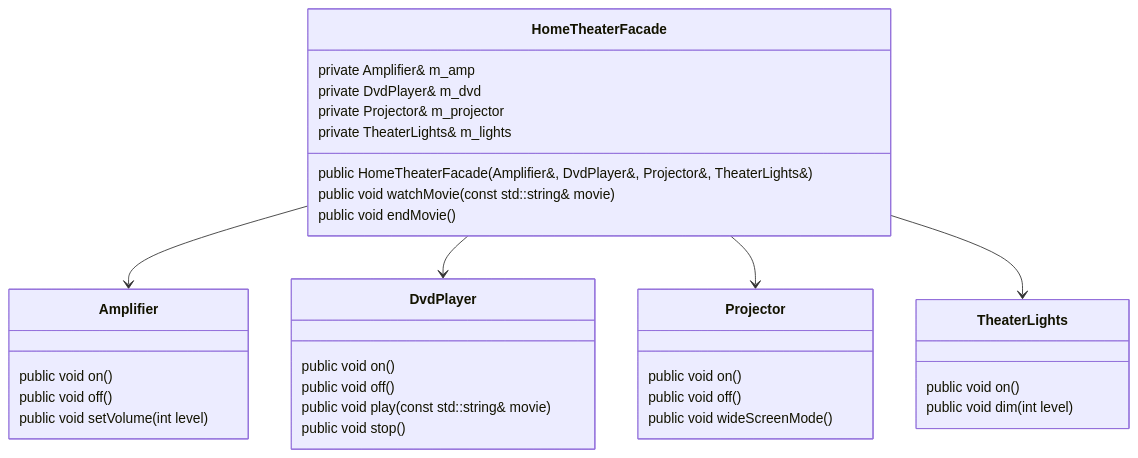
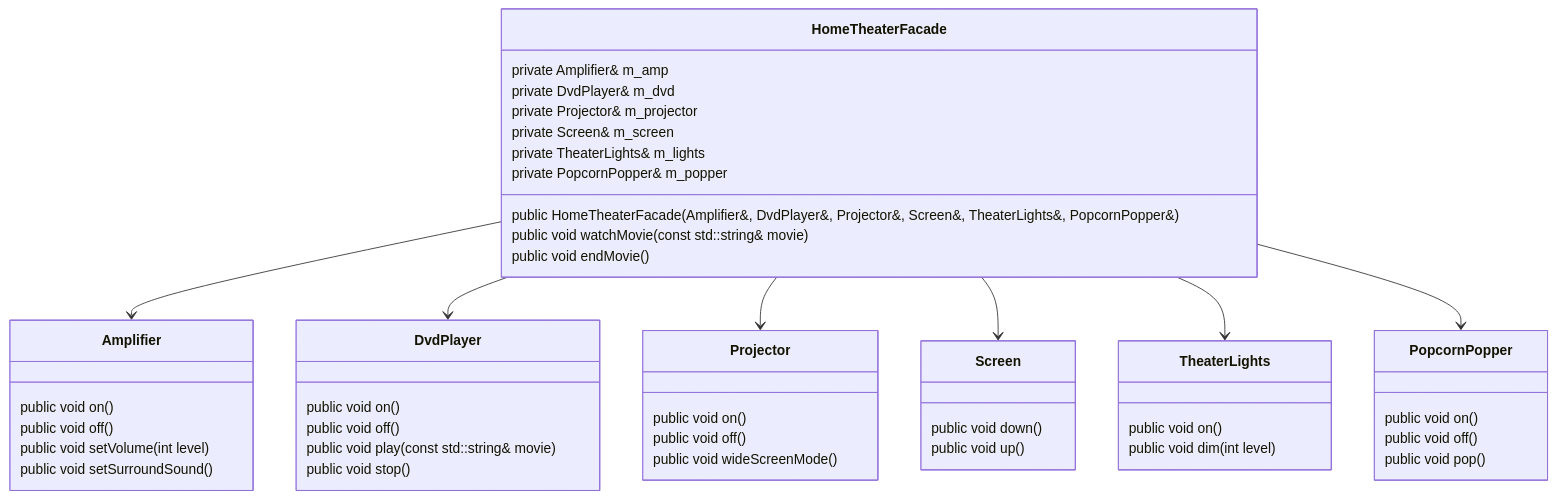
The eighth of 13 diagrams in README.md (rngoodner/design-patterns), drawn with Mermaid before and after one commit. The commit also changed other lines of this file, not shown here.

Commit message:
sync README class diagrams with current code

````diff
--- a/README.md
+++ b/README.md
@@ -397,42 +559,58 @@
 ```mermaid
 classDiagram
 
 class Amplifier {
     public void on()
     public void off()
     public void setVolume(int level)
+    public void setSurroundSound()
 }
 
 class DvdPlayer {
     public void on()
     public void off()
     public void play(const std::string& movie)
     public void stop()
 }
 
 class Projector {
     public void on()
     public void off()
     public void wideScreenMode()
 }
 
+class Screen {
+    public void down()
+    public void up()
+}
+
 class TheaterLights {
     public void on()
     public void dim(int level)
 }
 
+class PopcornPopper {
+    public void on()
+    public void off()
+    public void pop()
+}
+
 class HomeTheaterFacade {
-    public HomeTheaterFacade(Amplifier&, DvdPlayer&, Projector&, TheaterLights&)
+    public HomeTheaterFacade(Amplifier&, DvdPlayer&, Projector&, Screen&, TheaterLights&, PopcornPopper&)
     public void watchMovie(const std::string& movie)
     public void endMovie()
     private Amplifier& m_amp
     private DvdPlayer& m_dvd
     private Projector& m_projector
+    private Screen& m_screen
     private TheaterLights& m_lights
+    private PopcornPopper& m_popper
 }
 
 HomeTheaterFacade --> Amplifier
 HomeTheaterFacade --> DvdPlayer
 HomeTheaterFacade --> Projector
+HomeTheaterFacade --> Screen
 HomeTheaterFacade --> TheaterLights
+HomeTheaterFacade --> PopcornPopper
 ```
````
